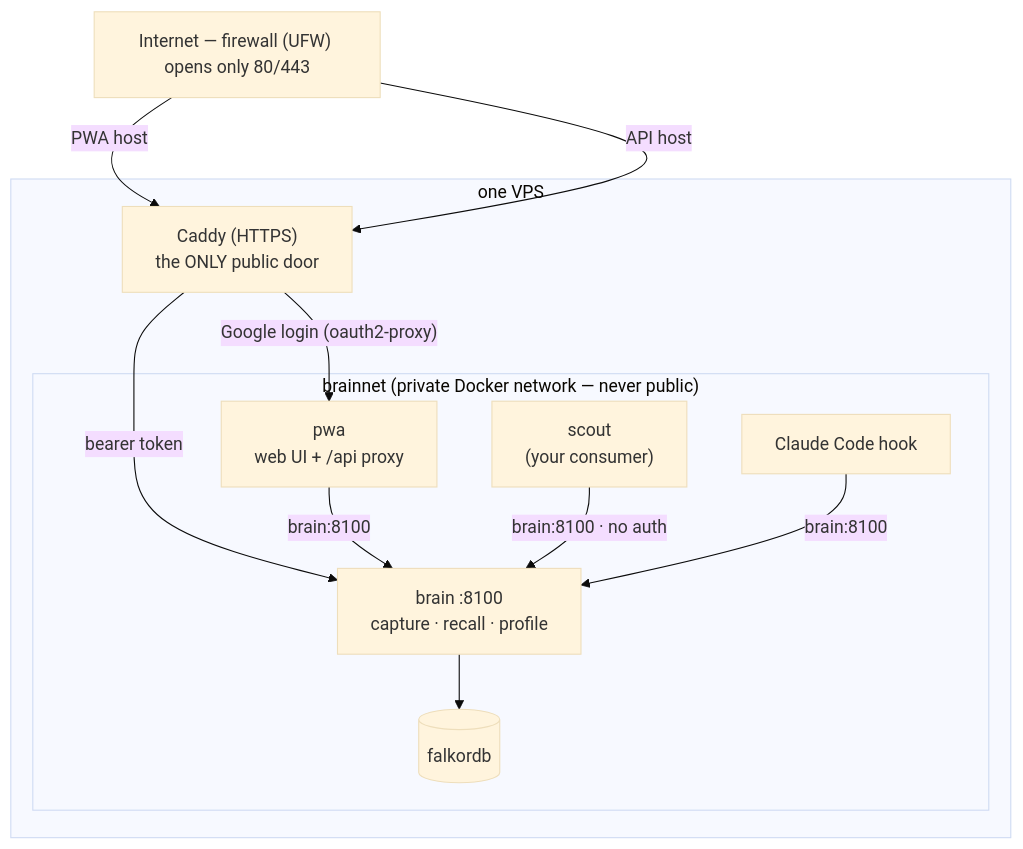
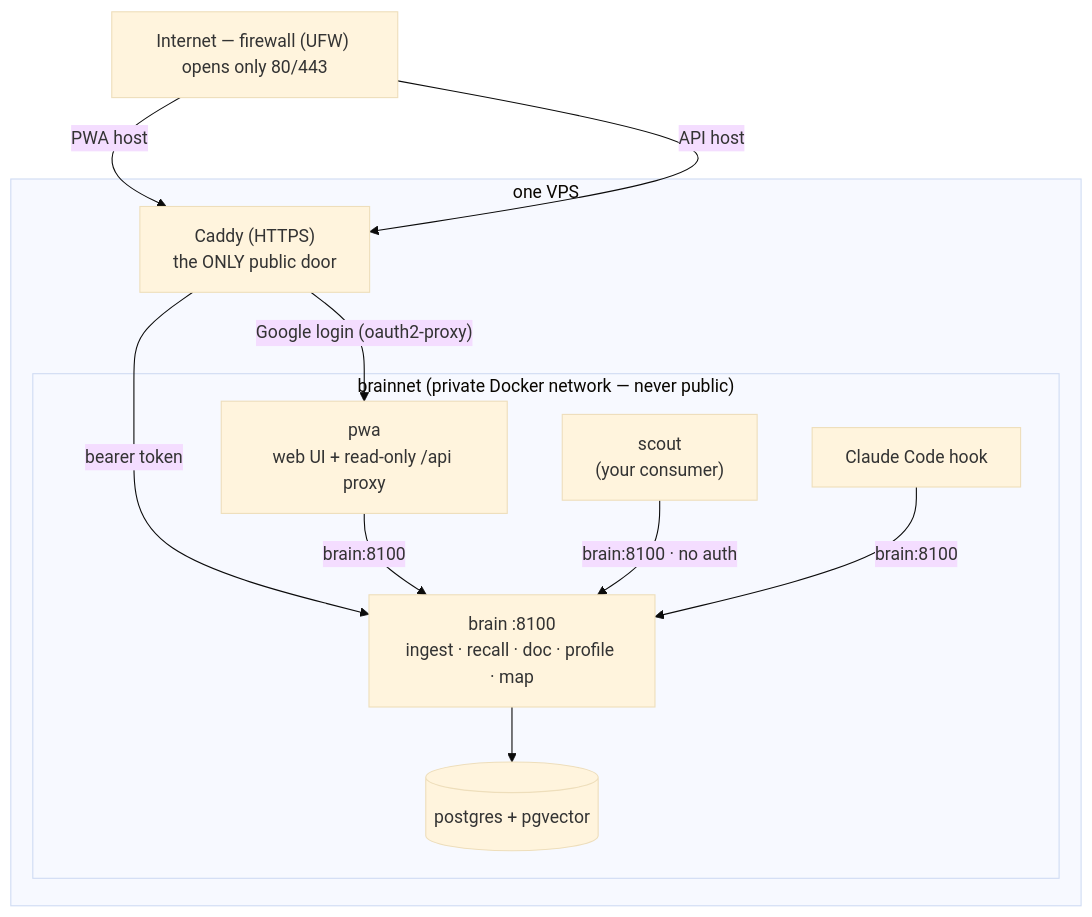
One commit to slaguardia/brainbot changed the diagram in README.md. Above: the diagram before and after it, drawn with Mermaid (base theme). The commit also changed other lines of this file and 32 other files, not shown here.

First line of the commit message:
docs: consolidate all docs into docs/, prune dead graphiti-era docs + shipped plans

````diff
--- a/README.md
+++ b/README.md
@@ -80,24 +53,24 @@
 ```mermaid
 flowchart TB
     NET["Internet — firewall (UFW) opens only 80/443"]
 
     subgraph VPS["one VPS"]
       CADDY["Caddy (HTTPS)<br/>the ONLY public door"]
       subgraph BNET["brainnet (private Docker network — never public)"]
-        PWA["pwa<br/>web UI + /api proxy"]
-        BRAIN["brain :8100<br/>capture · recall · profile"]
+        PWA["pwa<br/>web UI + read-only /api proxy"]
+        BRAIN["brain :8100<br/>ingest · recall · doc · profile · map"]
         SCOUT["scout<br/>(your consumer)"]
         HOOK["Claude Code hook"]
-        FALKOR[("falkordb")]
+        PG[("postgres + pgvector")]
       end
     end
 
     NET -->|"PWA host"| CADDY
     NET -->|"API host"| CADDY
     CADDY -->|"Google login (oauth2-proxy)"| PWA
     CADDY -->|"bearer token"| BRAIN
     PWA -->|"brain:8100"| BRAIN
     SCOUT -->|"brain:8100 · no auth"| BRAIN
     HOOK -->|"brain:8100"| BRAIN
-    BRAIN --> FALKOR
+    BRAIN --> PG
 ```
````
